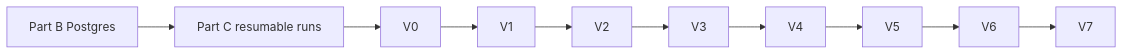
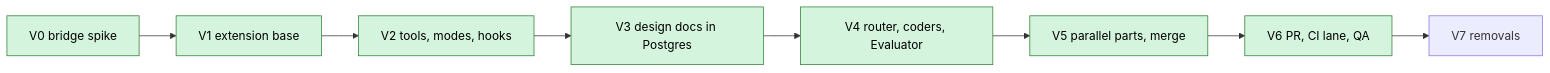
Before and after one commit to HasithaErandika/aura: the diagram in docs/plans/aura-vscode-agents.md, drawn with Mermaid. The commit also changed other lines of this file and 41 other files, not shown here.

First line of the commit message:
docs: describe the VS Code workflow, mark completed plans, rewrite the roadmap

````diff
--- a/docs/plans/aura-vscode-agents.md
+++ b/docs/plans/aura-vscode-agents.md
@@ -320,4 +13,6 @@
 ```mermaid
 flowchart LR
-    B["Part B Postgres"] --> C["Part C resumable runs"] --> V0 --> V1 --> V2 --> V3 --> V4 --> V5 --> V6 --> V7
+    V0["V0 bridge spike"]:::done --> V1["V1 extension base"]:::done --> V2["V2 tools, modes, hooks"]:::done --> V3["V3 design docs in Postgres"]:::done
+    V3 --> V4["V4 router, coders, Evaluator"]:::done --> V5["V5 parallel parts, merge"]:::done --> V6["V6 PR, CI lane, QA"]:::done --> V7["V7 removals"]
+    classDef done fill:#d4f4dd,stroke:#2e7d32,color:#000
 ```
````
